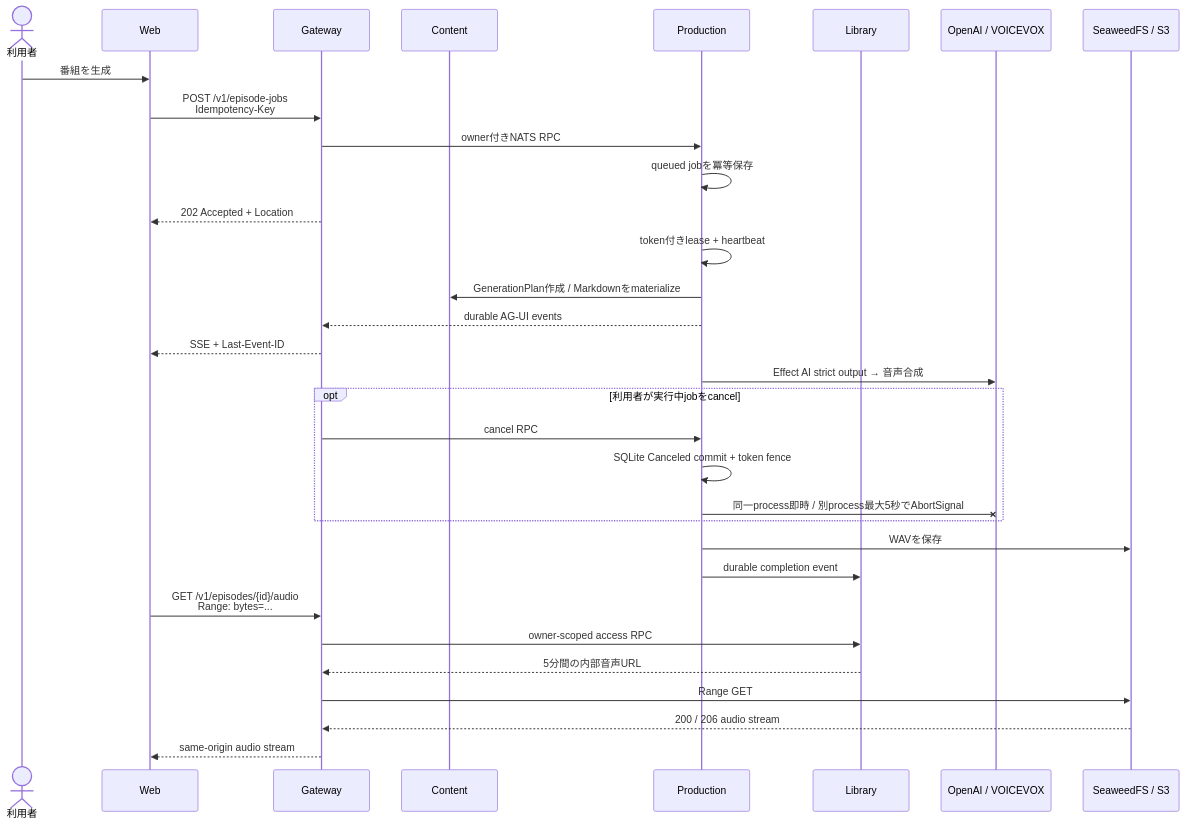
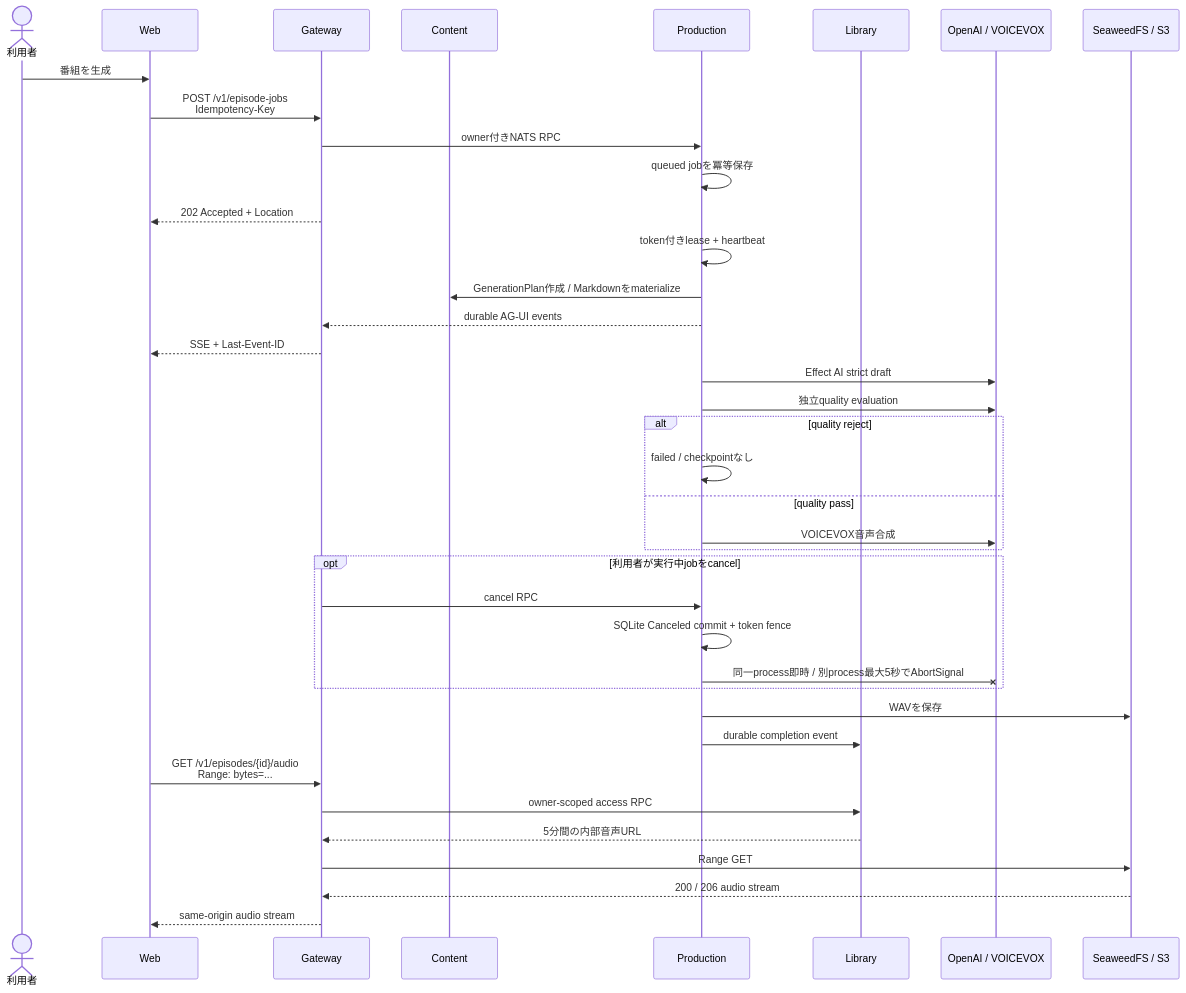
Before and after one commit to r4ai/news-podcast: the seventh of 15 diagrams in docs/architecture.md, drawn with Mermaid. The commit also changed other lines of this file and 37 other files, not shown here.

````diff
--- a/docs/architecture.md
+++ b/docs/architecture.md
@@ -197,35 +197,41 @@
 ```mermaid
 sequenceDiagram
   actor User as 利用者
   participant Web
   participant Gateway
   participant Content
   participant Production
   participant Library
   participant Providers as OpenAI / VOICEVOX
   participant Objects as SeaweedFS / S3
 
   User->>Web: 番組を生成
   Web->>Gateway: POST /v1/episode-jobs<br/>Idempotency-Key
   Gateway->>Production: owner付きNATS RPC
   Production->>Production: queued jobを冪等保存
   Gateway-->>Web: 202 Accepted + Location
   Production->>Production: token付きlease + heartbeat
   Production->>Content: GenerationPlan作成 / Markdownをmaterialize
   Production-->>Gateway: durable AG-UI events
   Gateway-->>Web: SSE + Last-Event-ID
-  Production->>Providers: Effect AI strict output → 音声合成
+  Production->>Providers: Effect AI strict draft
+  Production->>Providers: 独立quality evaluation
+  alt quality reject
+    Production->>Production: failed / checkpointなし
+  else quality pass
+    Production->>Providers: VOICEVOX音声合成
+  end
   opt 利用者が実行中jobをcancel
     Gateway->>Production: cancel RPC
     Production->>Production: SQLite Canceled commit + token fence
     Production-xProviders: 同一process即時 / 別process最大5秒でAbortSignal
   end
   Production->>Objects: WAVを保存
   Production->>Library: durable completion event
   Web->>Gateway: GET /v1/episodes/{id}/audio<br/>Range: bytes=...
   Gateway->>Library: owner-scoped access RPC
   Library-->>Gateway: 5分間の内部音声URL
   Gateway->>Objects: Range GET
   Objects-->>Gateway: 200 / 206 audio stream
   Gateway-->>Web: same-origin audio stream
 ```
````
